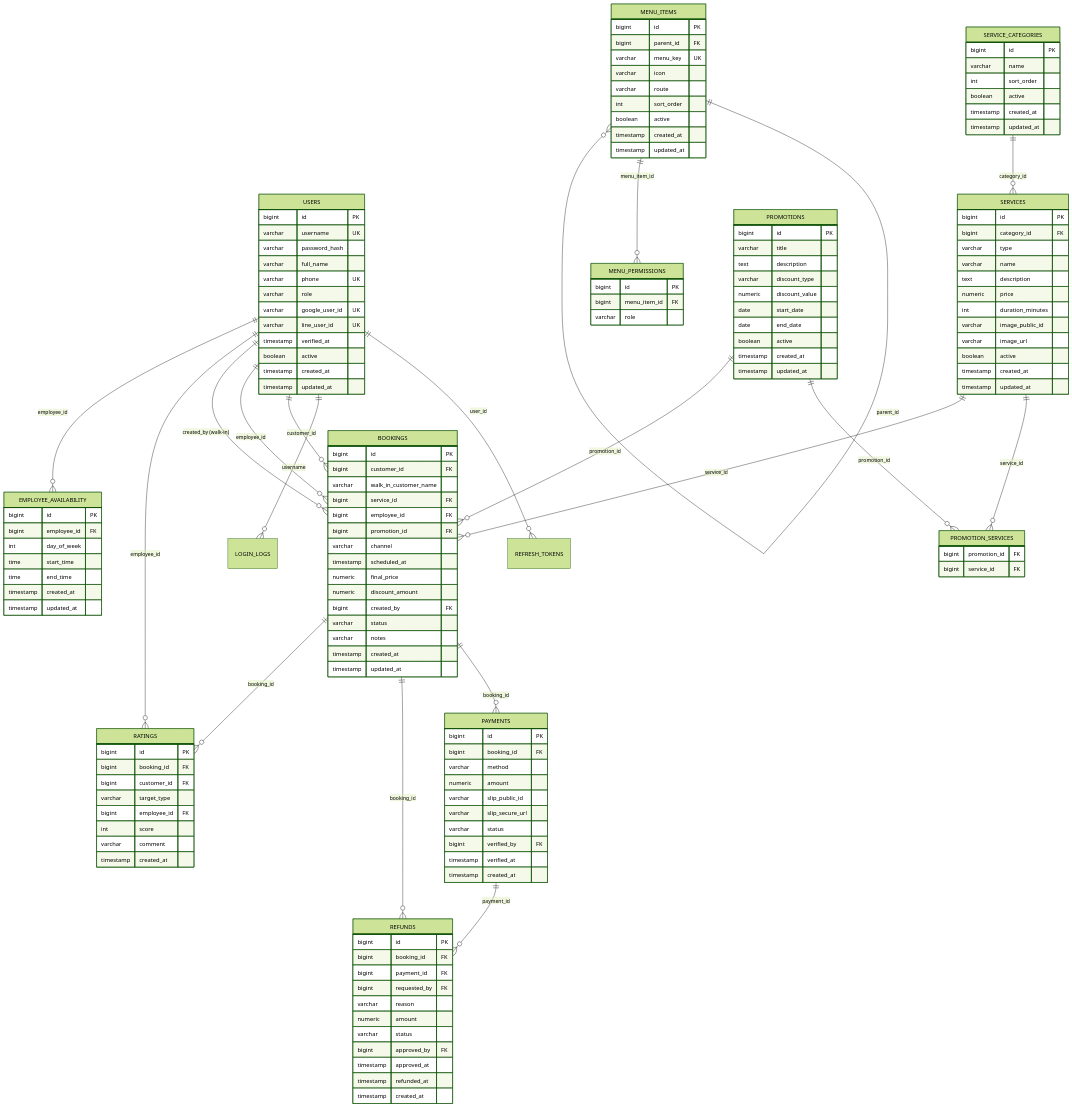
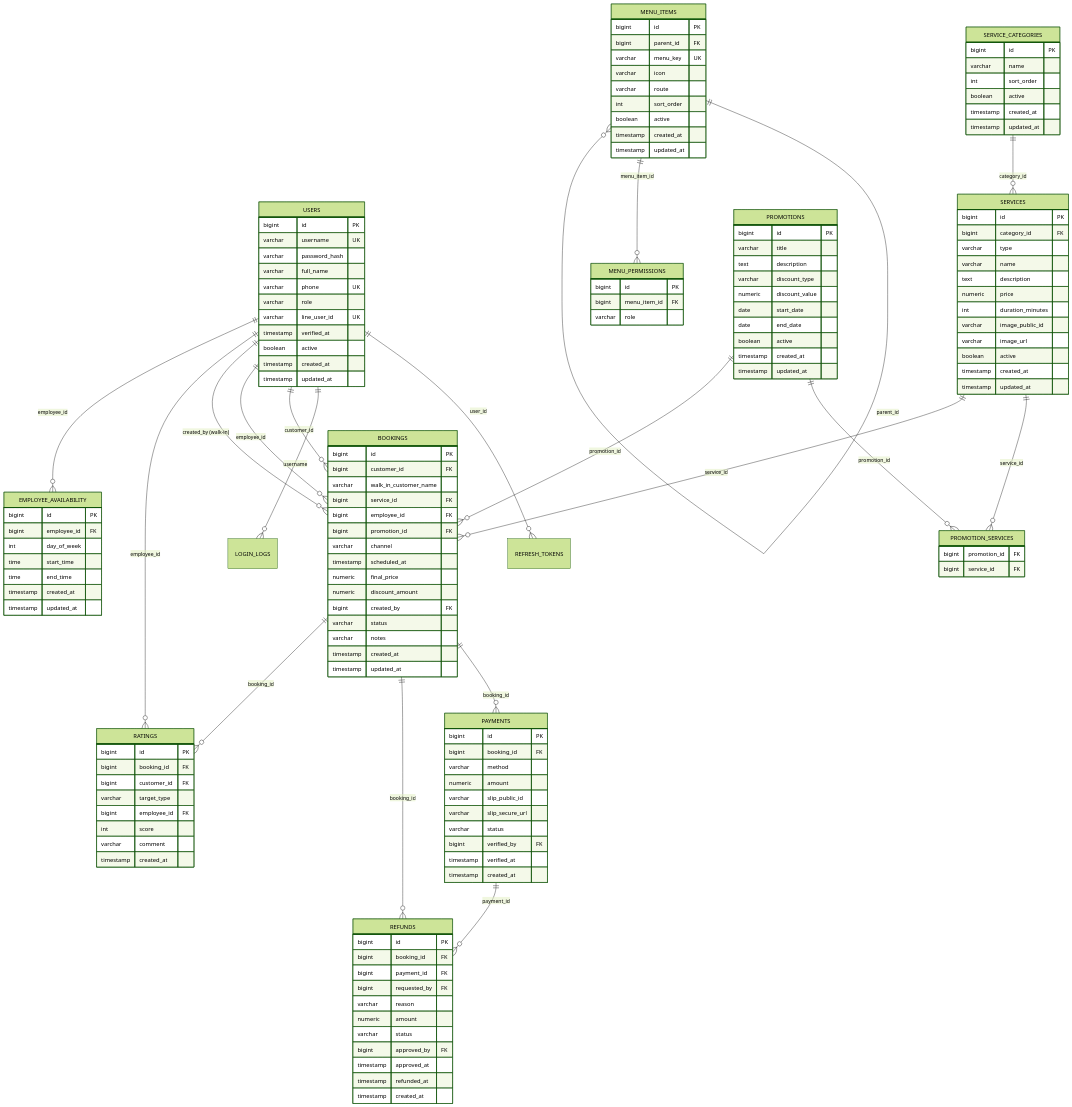
The diagram in docs/03-database-design.md (yuttapols/srinaka_document), drawn with Mermaid (forest theme) before and after one commit. The commit also changed other lines of this file and 8 other files, not shown here.

```diff
--- a/docs/03-database-design.md
+++ b/docs/03-database-design.md
@@ -33,7 +33,6 @@
         varchar full_name
         varchar phone UK
         varchar role
-        varchar google_user_id UK
         varchar line_user_id UK
         timestamp verified_at
         boolean active
```
